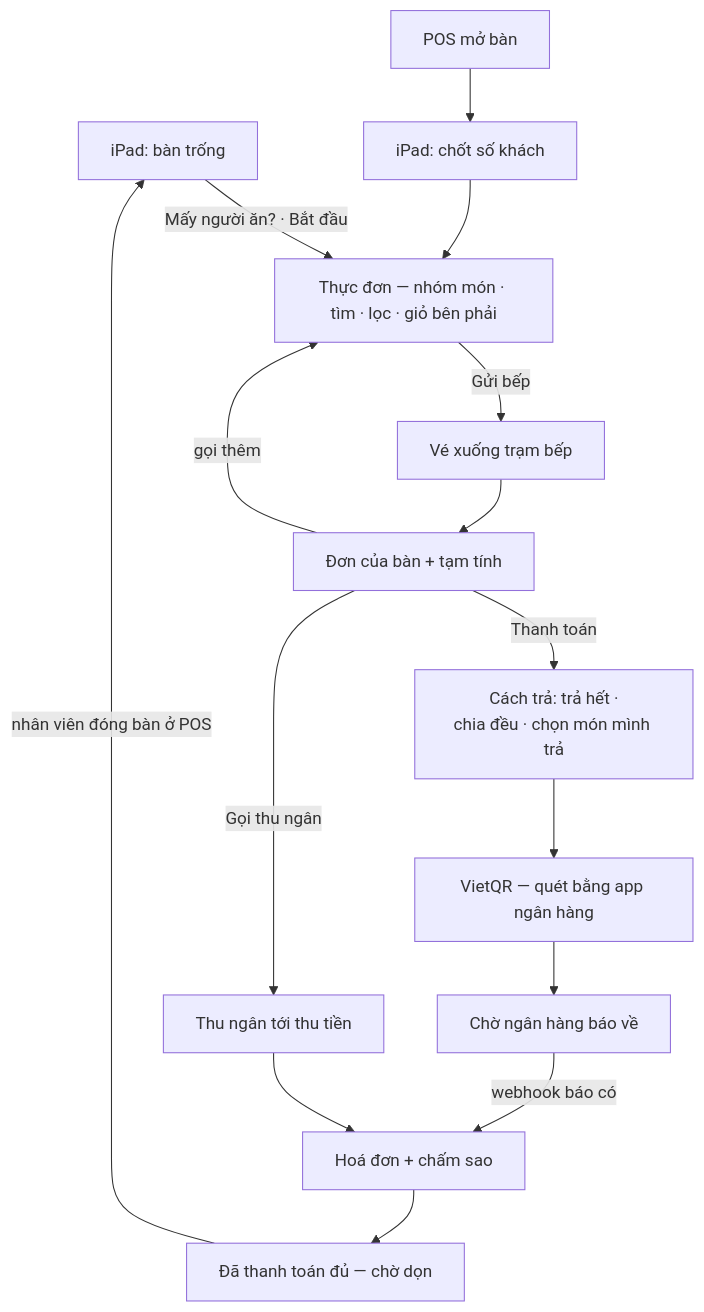
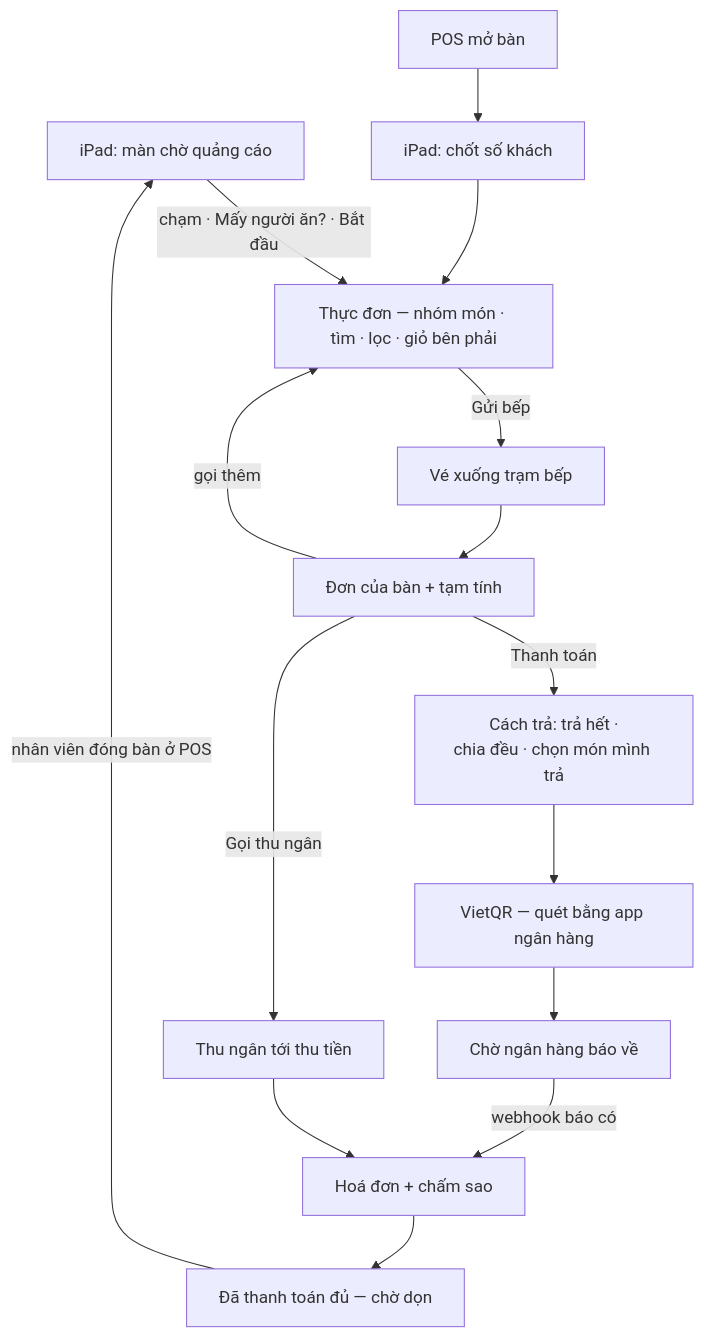
One commit to nguyendinhlong04/tokyo-sora changed the diagram in huong-dan-su-dung/04-khach-goi-mon-tai-ban.md. Above: the diagram before and after it, drawn with Mermaid. The commit also changed other lines of this file and 26 other files, not shown here.

````diff
--- a/huong-dan-su-dung/04-khach-goi-mon-tai-ban.md
+++ b/huong-dan-su-dung/04-khach-goi-mon-tai-ban.md
@@ -33,17 +39,17 @@
 ```mermaid
 flowchart TD
-    A["iPad: bàn trống"] -- "Mấy người ăn? · Bắt đầu" --> C
+    A["iPad: màn chờ quảng cáo"] -- "chạm · Mấy người ăn? · Bắt đầu" --> C
     S["POS mở bàn"] --> B["iPad: chốt số khách"] --> C
     C["Thực đơn — nhóm món · tìm · lọc · giỏ bên phải"]
     C -- "Gửi bếp" --> E["Vé xuống trạm bếp"]
     E --> F["Đơn của bàn + tạm tính"]
     F -- "gọi thêm" --> C
     F -- "Thanh toán" --> H["Cách trả: trả hết ·<br/>chia đều · chọn món mình trả"]
     F -- "Gọi thu ngân" --> P["Thu ngân tới thu tiền"]
     H --> I["VietQR — quét bằng app ngân hàng"]
     I --> J["Chờ ngân hàng báo về"]
     J -- "webhook báo có" --> K["Hoá đơn + chấm sao"]
     P --> K
     K --> L["Đã thanh toán đủ — chờ dọn"]
     L -- "nhân viên đóng bàn ở POS" --> A
 ```
````
